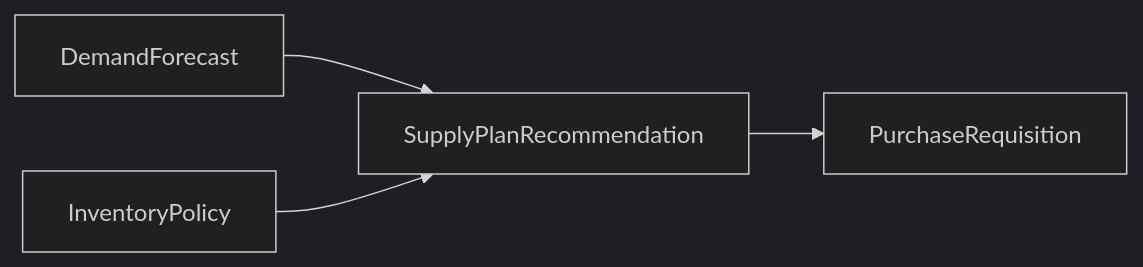
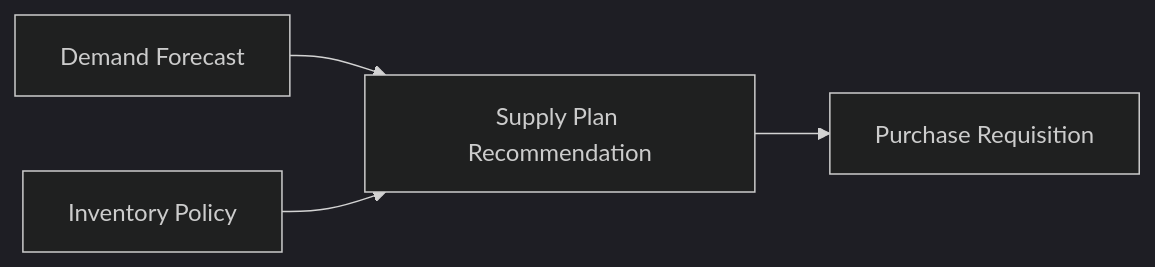
The second of 7 diagrams in docs/processes/p2p.md (mmcodesso/greenfield_database), drawn with Mermaid (dark theme) before and after one commit. The commit also changed other lines of this file and 6 other files, not shown here.

````diff
--- a/docs/processes/p2p.md
+++ b/docs/processes/p2p.md
@@ -83,10 +80,10 @@
 ```mermaid
 flowchart LR
-    DF[DemandForecast]
-    IP[InventoryPolicy]
-    SPR[SupplyPlanRecommendation]
-    PR[PurchaseRequisition]
+    DF[Demand Forecast]
+    IP[Inventory Policy]
+    SPR[Supply Plan Recommendation]
+    PR[Purchase Requisition]
 
     DF --> SPR
     IP --> SPR --> PR
 ```
````
